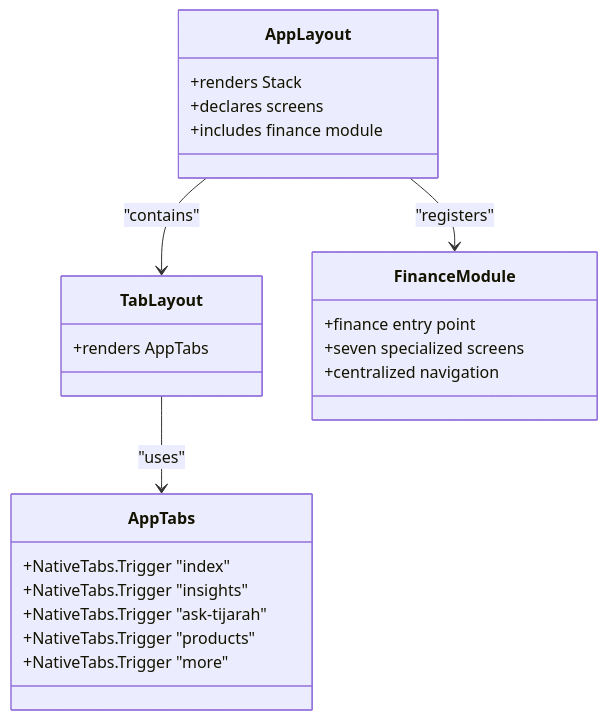
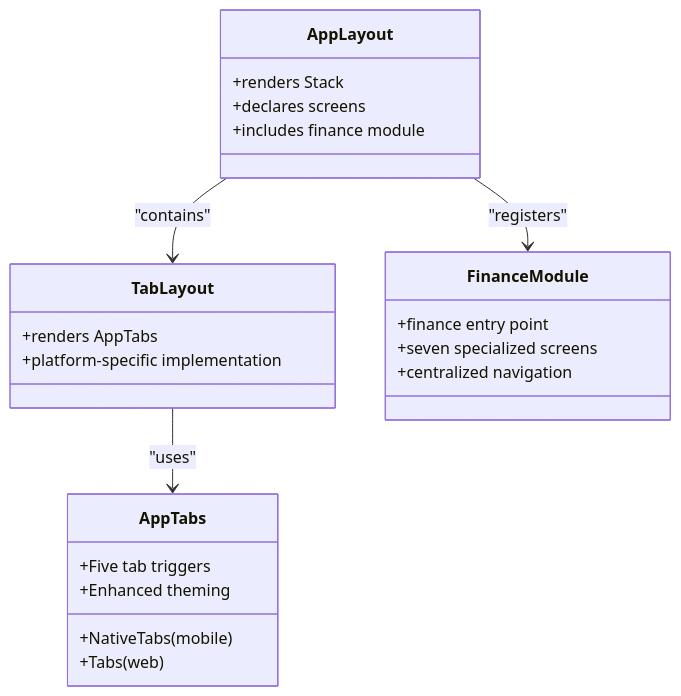
One commit to Muhammad-Masood/tijarah-ai-app changed the fifth of 9 diagrams in .qoder/repowiki/en/content/Architecture Overview/Navigation Architecture.md. Above: the diagram before and after it, drawn with Mermaid. The commit also changed other lines of this file and 18 other files, not shown here.

````diff
--- a/.qoder/repowiki/en/content/Architecture Overview/Navigation Architecture.md
+++ b/.qoder/repowiki/en/content/Architecture Overview/Navigation Architecture.md
@@ -185,26 +244,26 @@
 ```mermaid
 classDiagram
 class AppLayout {
 +renders Stack
 +declares screens
 +includes finance module
 }
 class TabLayout {
 +renders AppTabs
++platform-specific implementation
 }
 class AppTabs {
-+NativeTabs.Trigger "index"
-+NativeTabs.Trigger "insights"
-+NativeTabs.Trigger "ask-tijarah"
-+NativeTabs.Trigger "products"
-+NativeTabs.Trigger "more"
++NativeTabs (mobile)
++Tabs (web)
++Five tab triggers
++Enhanced theming
 }
 class FinanceModule {
 +finance entry point
 +seven specialized screens
 +centralized navigation
 }
 AppLayout --> TabLayout : "contains"
 AppLayout --> FinanceModule : "registers"
 TabLayout --> AppTabs : "uses"
 ```
````
